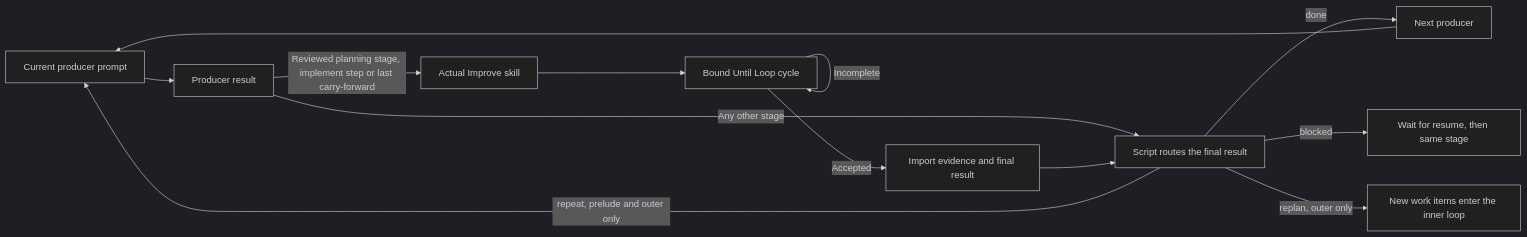
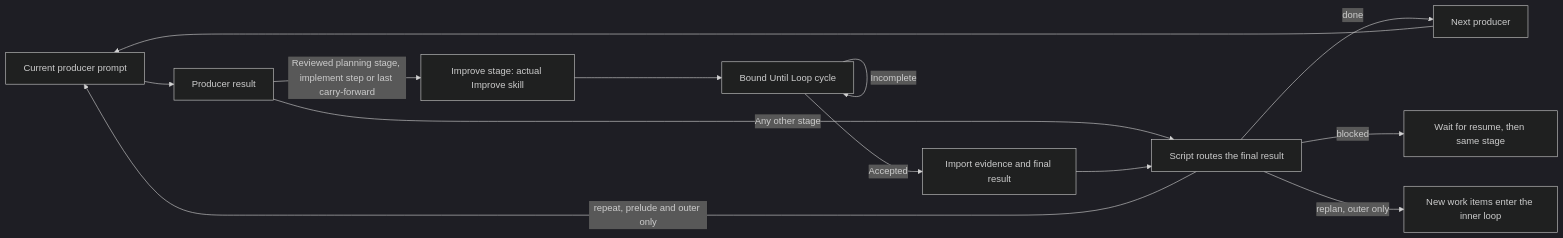
The first of 4 diagrams in skills/shiploop/references/navigator.md (whichguy/skill-craft), drawn with Mermaid (dark theme) before and after one commit. The commit also changed other lines of this file and 75 other files, not shown here.

````diff
--- a/skills/shiploop/references/navigator.md
+++ b/skills/shiploop/references/navigator.md
@@ -20,15 +21,15 @@
 ```mermaid
 flowchart LR
   P[Current producer prompt] --> R[Producer result]
-  R -->|Reviewed planning stage, implement step or last carry-forward| I[Actual Improve skill]
+  R -->|Reviewed planning stage, implement step or last carry-forward| I[Improve stage: actual Improve skill]
   R -->|Any other stage| F
   I --> U[Bound Until Loop cycle]
   U -->|Incomplete| U
   U -->|Accepted| C[Import evidence and final result]
   C --> F[Script routes the final result]
   F -->|done| N[Next producer]
   F -->|repeat, prelude and outer only| P
   F -->|blocked| B[Wait for resume, then same stage]
   F -->|replan, outer only| W[New work items enter the inner loop]
   N --> P
 ```
````
